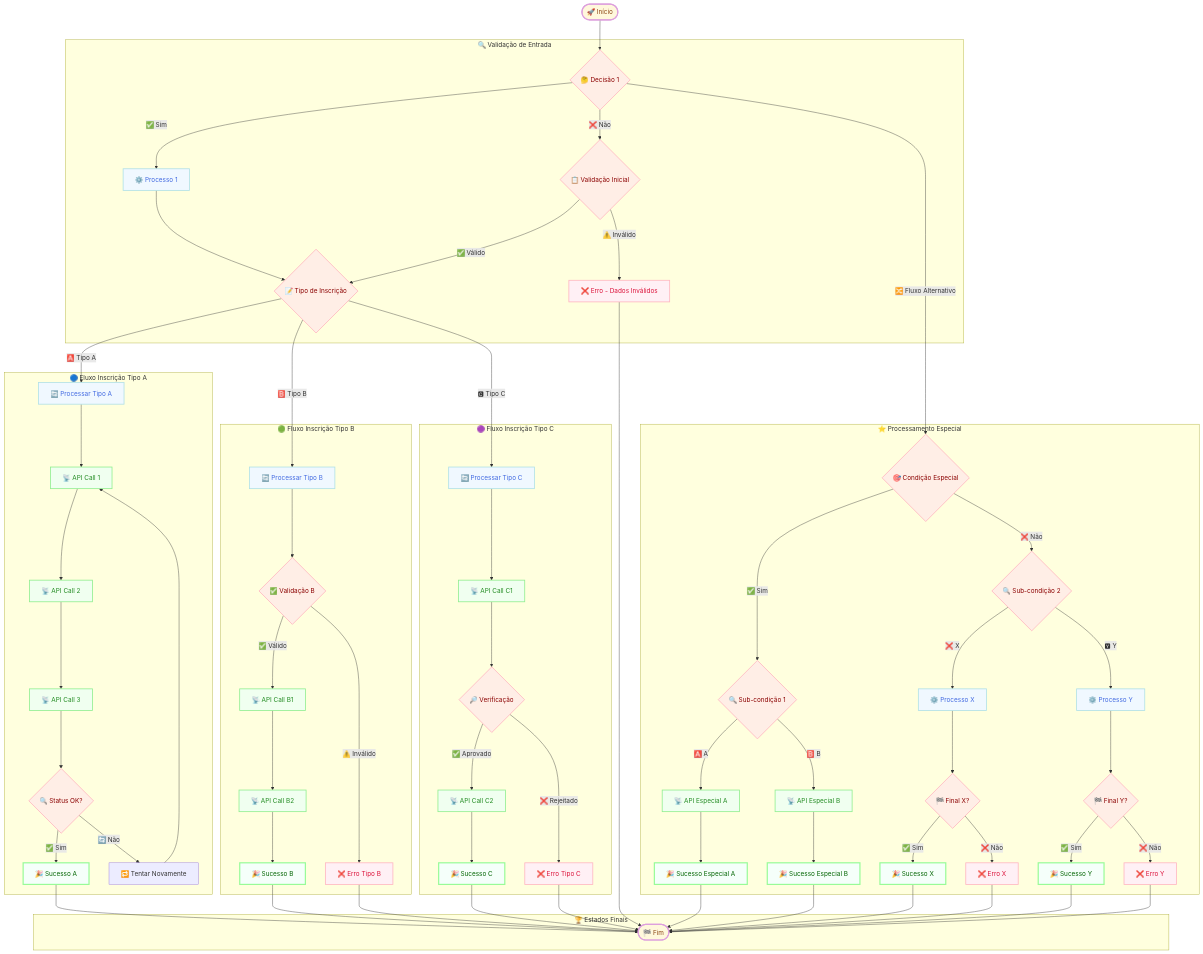
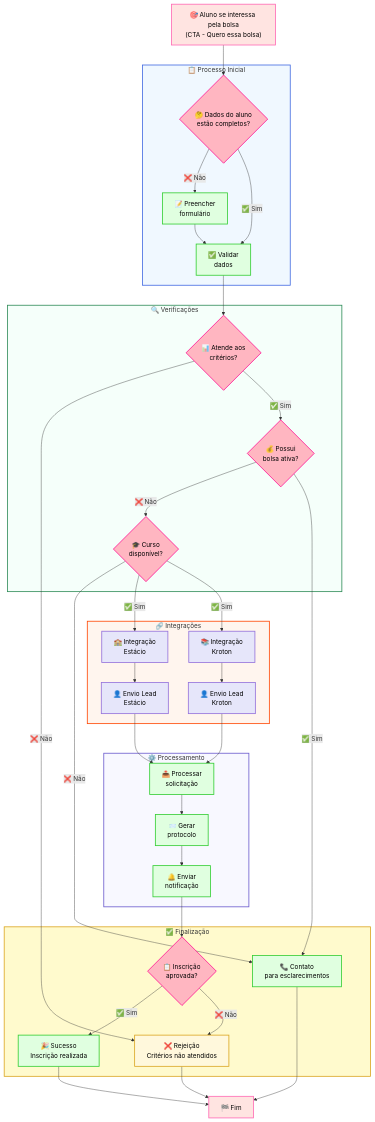
One commit to enogrob/project-qeevo-api-integrations-docs changed the diagram in src/fluxo-inscricoes.md. Above: the diagram before and after it, drawn with Mermaid. The commit also changed other lines of this file and 2 other files, not shown here.

Commit message:
fluxo-inscricoes.md-sketched

````diff
--- a/src/fluxo-inscricoes.md
+++ b/src/fluxo-inscricoes.md
@@ -8,99 +5,93 @@
 ```mermaid
 flowchart TD
-    Start([🚀 Início]) --> Decision1{🤔 Decisão 1}
+    %% Definindo estilos com cores pastel
+    classDef startEnd fill:#FFE4E1,stroke:#FF69B4,stroke-width:2px,color:#000
+    classDef decision fill:#FFB6C1,stroke:#FF1493,stroke-width:2px,color:#000
+    classDef process fill:#E0FFE0,stroke:#32CD32,stroke-width:2px,color:#000
+    classDef integration fill:#E6E6FA,stroke:#9370DB,stroke-width:2px,color:#000
+    classDef warning fill:#FFF8DC,stroke:#DAA520,stroke-width:2px,color:#000
     
-    %% Entrada e Validação Inicial
-    subgraph "🔍 Validação de Entrada"
-        Decision1 -->|✅ Sim| Process1[⚙️ Processo 1]
-        Decision1 -->|❌ Não| Decision2{📋 Validação Inicial}
-        Process1 --> Decision3{📝 Tipo de Inscrição}
-        Decision2 -->|✅ Válido| Decision3
-        Decision2 -->|⚠️ Inválido| Error1[❌ Erro - Dados Inválidos]
+    %% Início do fluxo
+    START["🎯 Aluno se interessa pela bolsa<br/>(CTA - Quero essa bolsa)"]:::startEnd
+    
+    %% Subgrafo para processo inicial
+    subgraph INITIAL ["📋 Processo Inicial"]
+        D1{"🤔 Dados do aluno<br/>estão completos?"}:::decision
+        FORM["📝 Preencher<br/>formulário"]:::process
+        VALIDATE["✅ Validar<br/>dados"]:::process
     end
     
-    %% Processamento Tipo A
-    subgraph "🔵 Fluxo Inscrição Tipo A"
-        Decision3 -->|🅰️ Tipo A| ProcessA[🔄 Processar Tipo A]
-        ProcessA --> API1[📡 API Call 1]
-        API1 --> API2[📡 API Call 2]
-        API2 --> API3[📡 API Call 3]
-        API3 --> Decision4{🔍 Status OK?}
-        Decision4 -->|✅ Sim| Success1[🎉 Sucesso A]
-        Decision4 -->|🔄 Não| Retry1[🔁 Tentar Novamente]
-        Retry1 --> API1
+    %% Subgrafo para verificações
+    subgraph VERIFICATION ["🔍 Verificações"]
+        D2{"📊 Atende aos<br/>critérios?"}:::decision
+        D3{"💰 Possui<br/>bolsa ativa?"}:::decision
+        D4{"🎓 Curso<br/>disponível?"}:::decision
     end
     
-    %% Processamento Tipo B
-    subgraph "🟢 Fluxo Inscrição Tipo B"
-        Decision3 -->|🅱️ Tipo B| ProcessB[🔄 Processar Tipo B]
-        ProcessB --> Decision5{✅ Validação B}
-        Decision5 -->|✅ Válido| API4[📡 API Call B1]
-        Decision5 -->|⚠️ Inválido| Error2[❌ Erro Tipo B]
-        API4 --> API5[📡 API Call B2]
-        API5 --> Success2[🎉 Sucesso B]
+    %% Subgrafo para integrações
+    subgraph INTEGRATIONS ["🔗 Integrações"]
+        INT1["🏫 Integração<br/>Estácio"]:::integration
+        INT2["📚 Integração<br/>Kroton"]:::integration
+        LEAD1["👤 Envio Lead<br/>Estácio"]:::integration
+        LEAD2["👤 Envio Lead<br/>Kroton"]:::integration
     end
     
-    %% Processamento Tipo C (Caso exista)
-    subgraph "🟣 Fluxo Inscrição Tipo C"
-        Decision3 -->|🅲 Tipo C| ProcessC[🔄 Processar Tipo C]
-        ProcessC --> API6[📡 API Call C1]
-        API6 --> Decision6{🔎 Verificação}
-        Decision6 -->|✅ Aprovado| API7[📡 API Call C2]
-        Decision6 -->|❌ Rejeitado| Error3[❌ Erro Tipo C]
-        API7 --> Success3[🎉 Sucesso C]
+    %% Subgrafo para processamento
+    subgraph PROCESSING ["⚙️ Processamento"]
+        PROC1["📤 Processar<br/>solicitação"]:::process
+        PROC2["📨 Gerar<br/>protocolo"]:::process
+        PROC3["🔔 Enviar<br/>notificação"]:::process
     end
     
-    %% Fluxos Especiais
-    subgraph "⭐ Processamento Especial"
-        Decision1 -->|🔀 Fluxo Alternativo| Decision7{🎯 Condição Especial}
-        Decision7 -->|✅ Sim| Decision8{🔍 Sub-condição 1}
-        Decision7 -->|❌ Não| Decision9{🔍 Sub-condição 2}
-        
-        Decision8 -->|🅰️ A| API8[📡 API Especial A]
-        Decision8 -->|🅱️ B| API9[📡 API Especial B]
-        Decision9 -->|❌ X| ProcessX[⚙️ Processo X]
-        Decision9 -->|🆈 Y| ProcessY[⚙️ Processo Y]
-        
-        API8 --> Success4[🎉 Sucesso Especial A]
-        API9 --> Success5[🎉 Sucesso Especial B]
-        ProcessX --> Decision10{🏁 Final X?}
-        ProcessY --> Decision11{🏁 Final Y?}
-        
-        Decision10 -->|✅ Sim| Success6[🎉 Sucesso X]
-        Decision10 -->|❌ Não| Error4[❌ Erro X]
-        Decision11 -->|✅ Sim| Success7[🎉 Sucesso Y]
-        Decision11 -->|❌ Não| Error5[❌ Erro Y]
+    %% Subgrafo para finalização
+    subgraph FINALIZATION ["✅ Finalização"]
+        D5{"📋 Inscrição<br/>aprovada?"}:::decision
+        SUCCESS["🎉 Sucesso<br/>Inscrição realizada"]:::process
+        REJECT["❌ Rejeição<br/>Critérios não atendidos"]:::warning
+        CONTACT["📞 Contato<br/>para esclarecimentos"]:::process
     end
     
-    %% Finalização
-    subgraph "🏆 Estados Finais"
-        Success1 --> End([🏁 Fim])
-        Success2 --> End
-        Success3 --> End
-        Success4 --> End
-        Success5 --> End
-        Success6 --> End
-        Success7 --> End
-        Error1 --> End
-        Error2 --> End
-        Error3 --> End
-        Error4 --> End
-        Error5 --> End
-    end
+    %% Final
+    END["🏁 Fim"]:::startEnd
     
-    %% Styling - Pastel Colors
-    classDef startEnd fill:#FFF8DC,stroke:#DDA0DD,stroke-width:3px,color:#8B4513
-    classDef decision fill:#FFEEE6,stroke:#FFB6C1,stroke-width:2px,color:#8B0000
-    classDef process fill:#F0F8FF,stroke:#B0E0E6,stroke-width:2px,color:#4169E1
-    classDef api fill:#F0FFF0,stroke:#90EE90,stroke-width:2px,color:#228B22
-    classDef success fill:#F5FFFA,stroke:#98FB98,stroke-width:3px,color:#006400
-    classDef error fill:#FFF0F5,stroke:#FFB6C1,stroke-width:2px,color:#DC143C
-    classDef special fill:#F8F8FF,stroke:#DDA0DD,stroke-width:2px,color:#9370DB
+    %% Fluxo principal
+    START --> D1
+    D1 -->|❌ Não| FORM
+    D1 -->|✅ Sim| VALIDATE
+    FORM --> VALIDATE
+    VALIDATE --> D2
     
-    class Start,End startEnd
-    class Decision1,Decision2,Decision3,Decision4,Decision5,Decision6,Decision7,Decision8,Decision9,Decision10,Decision11 decision
-    class Process1,ProcessA,ProcessB,ProcessC,ProcessX,ProcessY process
-    class API1,API2,API3,API4,API5,API6,API7,API8,API9 api
-    class Success1,Success2,Success3,Success4,Success5,Success6,Success7 success
-    class Error1,Error2,Error3,Error4,Error5 error
+    D2 -->|❌ Não| REJECT
+    D2 -->|✅ Sim| D3
+    
+    D3 -->|❌ Não| D4
+    D3 -->|✅ Sim| CONTACT
+    
+    D4 -->|❌ Não| CONTACT
+    D4 -->|✅ Sim| INT1
+    D4 -->|✅ Sim| INT2
+    
+    INT1 --> LEAD1
+    INT2 --> LEAD2
+    
+    LEAD1 --> PROC1
+    LEAD2 --> PROC1
+    
+    PROC1 --> PROC2
+    PROC2 --> PROC3
+    PROC3 --> D5
+    
+    D5 -->|✅ Sim| SUCCESS
+    D5 -->|❌ Não| REJECT
+    
+    SUCCESS --> END
+    REJECT --> END
+    CONTACT --> END
+    
+    %% Estilos dos subgrafos
+    style INITIAL fill:#F0F8FF,stroke:#4169E1,stroke-width:2px
+    style VERIFICATION fill:#F5FFFA,stroke:#2E8B57,stroke-width:2px
+    style INTEGRATIONS fill:#FFF5EE,stroke:#FF4500,stroke-width:2px
+    style PROCESSING fill:#F8F8FF,stroke:#6A5ACD,stroke-width:2px
+    style FINALIZATION fill:#FFFACD,stroke:#DAA520,stroke-width:2px
 ```
````
